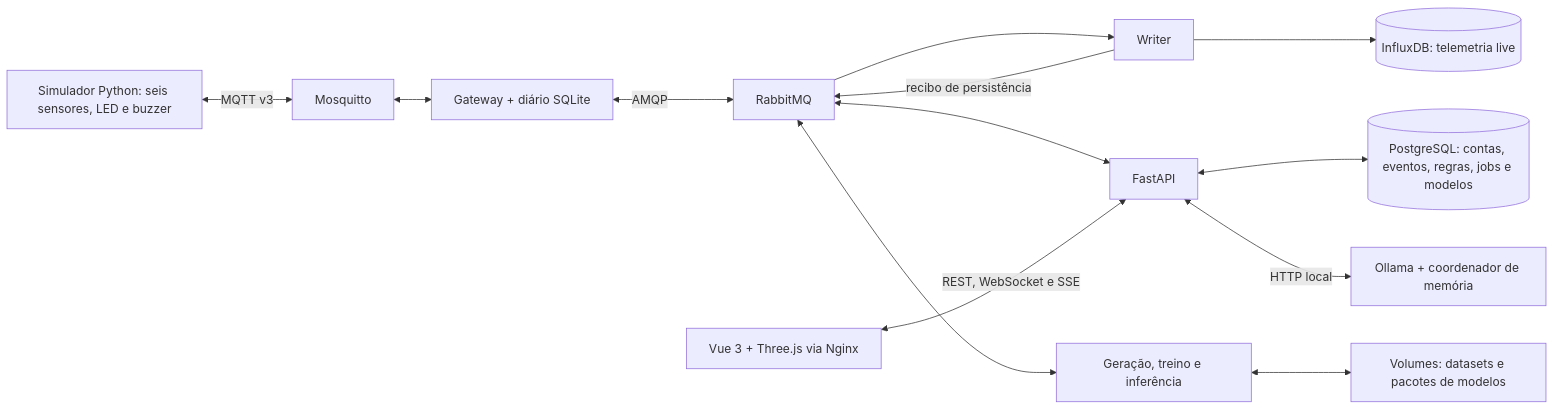
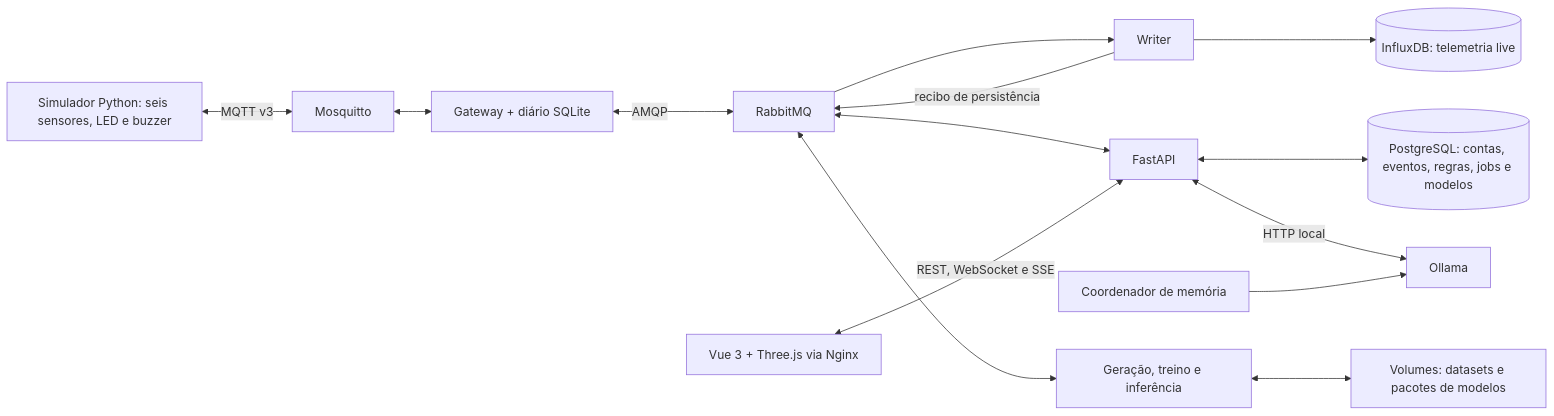
Before and after one commit to VitorFcosta/ColdSafe: the diagram in README.md, drawn with Mermaid. The commit also changed other lines of this file and 626 other files, not shown here.

````diff
--- a/README.md
+++ b/README.md
@@ -14,15 +14,16 @@
 ```mermaid
 flowchart LR
   S[Simulador Python: seis sensores, LED e buzzer] <-->|MQTT v3| M[Mosquitto]
   M <--> G[Gateway + diário SQLite]
   G <-->|AMQP| R[RabbitMQ]
   R --> W[Writer]
   W --> I[(InfluxDB: telemetria live)]
   W -->|recibo de persistência| R
   R <--> A[FastAPI]
   A <--> P[(PostgreSQL: contas, eventos, regras, jobs e modelos)]
   R <--> J[Geração, treino e inferência]
   J <--> V[Volumes: datasets e pacotes de modelos]
-  A <-->|HTTP local| O[Ollama + coordenador de memória]
+  A <-->|HTTP local| O[Ollama]
+  L[Coordenador de memória] --> O
   U[Vue 3 + Three.js via Nginx] <-->|REST, WebSocket e SSE| A
 ```
````
